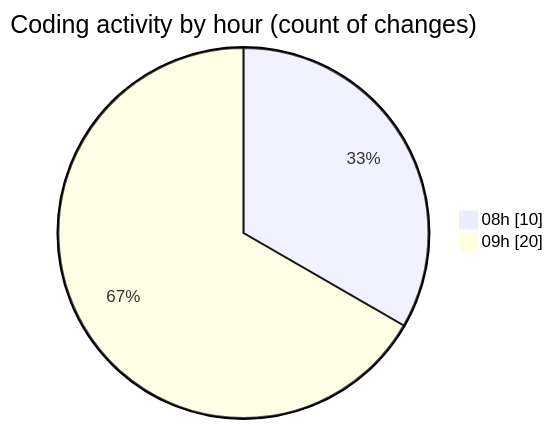
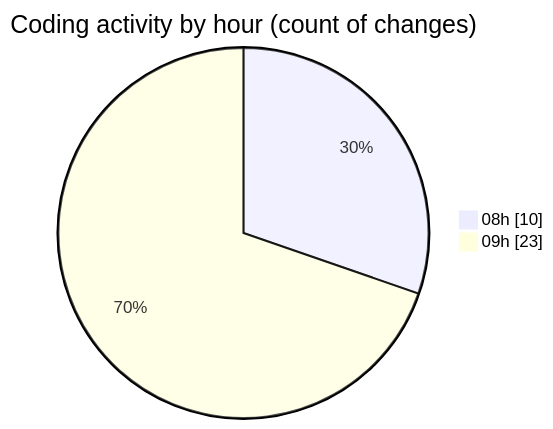
One commit to LanceThiago/code-tracking changed the second of 2 diagrams in 2025-01-07/nueva_carpeta/README.md. Above: the diagram before and after it, drawn with Mermaid. The commit also changed other lines of this file and 1 other file, not shown here.

````diff
--- a/2025-01-07/nueva_carpeta/README.md
+++ b/2025-01-07/nueva_carpeta/README.md
@@ -28,6 +28,6 @@
 ```mermaid
 pie showData
 title Coding activity by hour (count of changes)
 "08h" : 10
-"09h" : 20
+"09h" : 23
 ```
````
